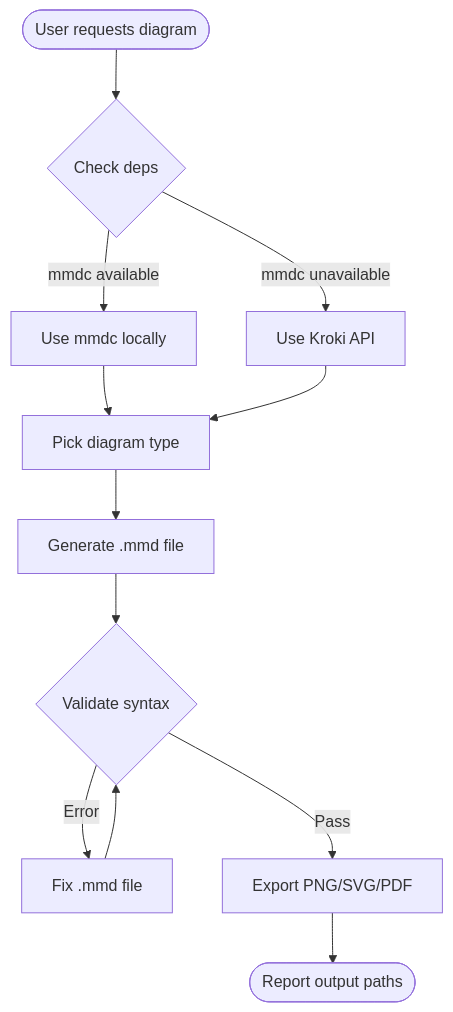
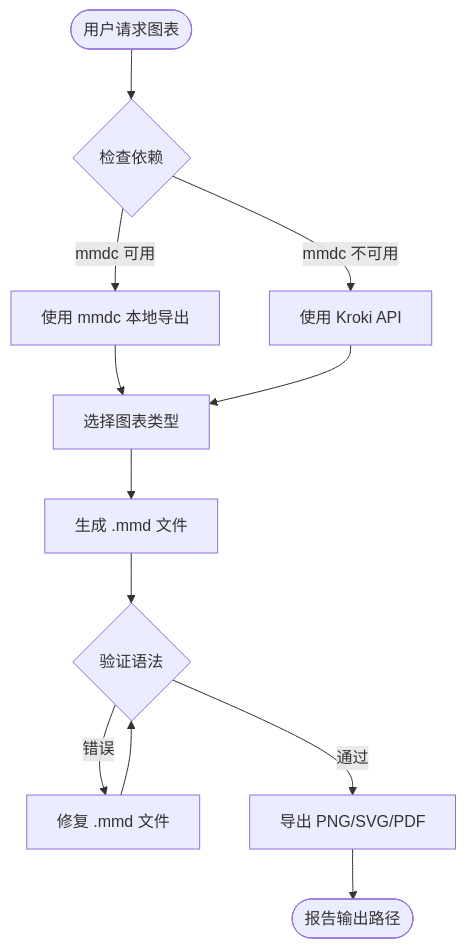
One commit to Agents365-ai/mermaid-skill changed the diagram in README_CN.md. Above: the diagram before and after it, drawn with Mermaid. The commit also changed other lines of this file and 3 other files, not shown here.

Commit message:
Add Chinese workflow diagram for README_CN

````diff
--- a/README_CN.md
+++ b/README_CN.md
@@ -119,21 +119,21 @@
 ```mermaid
 flowchart TD
-  Start([User requests diagram]) --> CheckDeps{Check deps}
+  Start([用户请求图表]) --> CheckDeps{检查依赖}
 
-  CheckDeps -->|mmdc available| UseMmdc[Use mmdc locally]
-  CheckDeps -->|mmdc unavailable| UseKroki[Use Kroki API]
+  CheckDeps -->|mmdc 可用| UseMmdc[使用 mmdc 本地导出]
+  CheckDeps -->|mmdc 不可用| UseKroki[使用 Kroki API]
 
   UseMmdc --> PickType
   UseKroki --> PickType
 
-  PickType[Pick diagram type] --> Generate[Generate .mmd file]
+  PickType[选择图表类型] --> Generate[生成 .mmd 文件]
 
-  Generate --> Validate{Validate syntax}
+  Generate --> Validate{验证语法}
 
-  Validate -->|Error| Fix[Fix .mmd file]
+  Validate -->|错误| Fix[修复 .mmd 文件]
   Fix --> Validate
 
-  Validate -->|Pass| Export[Export PNG/SVG/PDF]
+  Validate -->|通过| Export[导出 PNG/SVG/PDF]
 
-  Export --> Report([Report output paths])
+  Export --> Report([报告输出路径])
 ```
````
